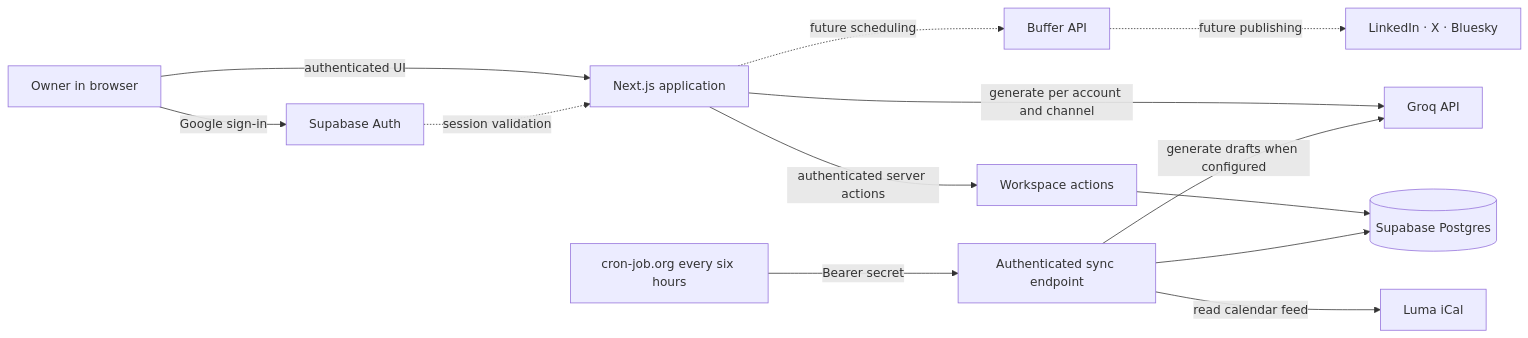
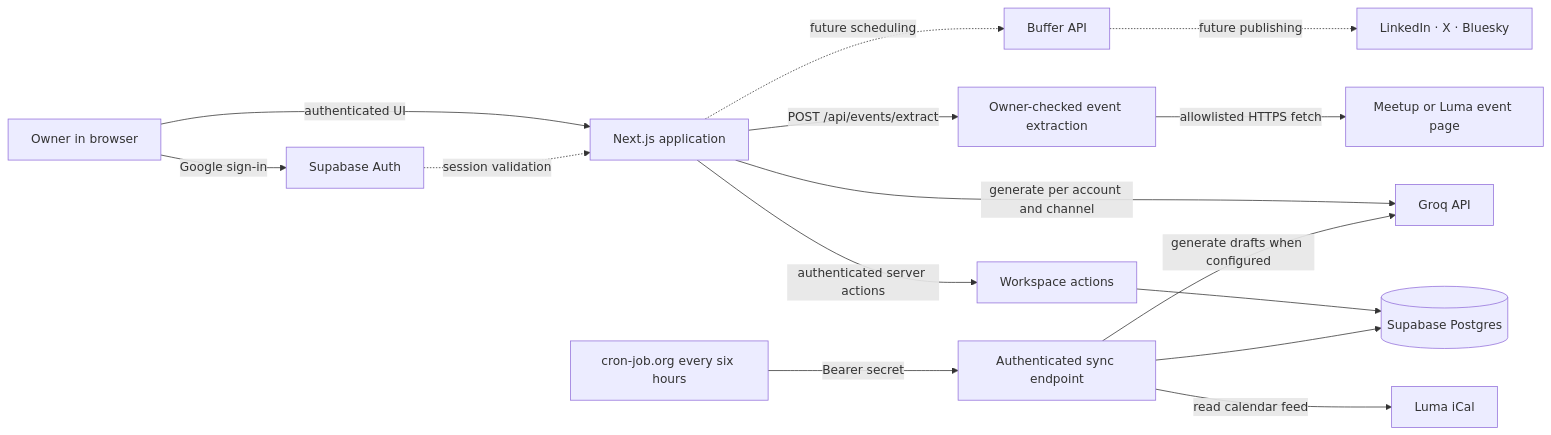
The first of 2 diagrams in docs/architecture.md (anyulled/findly), drawn with Mermaid before and after one commit. The commit also changed other lines of this file and 11 other files, not shown here.

Commit message:
feat: extract event details from public URLs

````diff
--- a/docs/architecture.md
+++ b/docs/architecture.md
@@ -9,15 +9,17 @@
 ```mermaid
 flowchart LR
   owner[Owner in browser] -->|Google sign-in| auth[Supabase Auth]
   owner -->|authenticated UI| app[Next.js application]
   timer[cron-job.org every six hours] -->|Bearer secret| sync[Authenticated sync endpoint]
   app -->|authenticated server actions| actions[Workspace actions]
+  app -->|POST /api/events/extract| extract[Owner-checked event extraction]
   actions --> db[(Supabase Postgres)]
+  extract -->|allowlisted HTTPS fetch| eventPages[Meetup or Luma event page]
   sync --> db
   sync -->|read calendar feed| luma[Luma iCal]
   app -->|generate per account and channel| groq[Groq API]
   sync -->|generate drafts when configured| groq
   app -. future scheduling .-> buffer[Buffer API]
   buffer -. future publishing .-> social[LinkedIn · X · Bluesky]
   auth -. session validation .-> app
 ```
````
